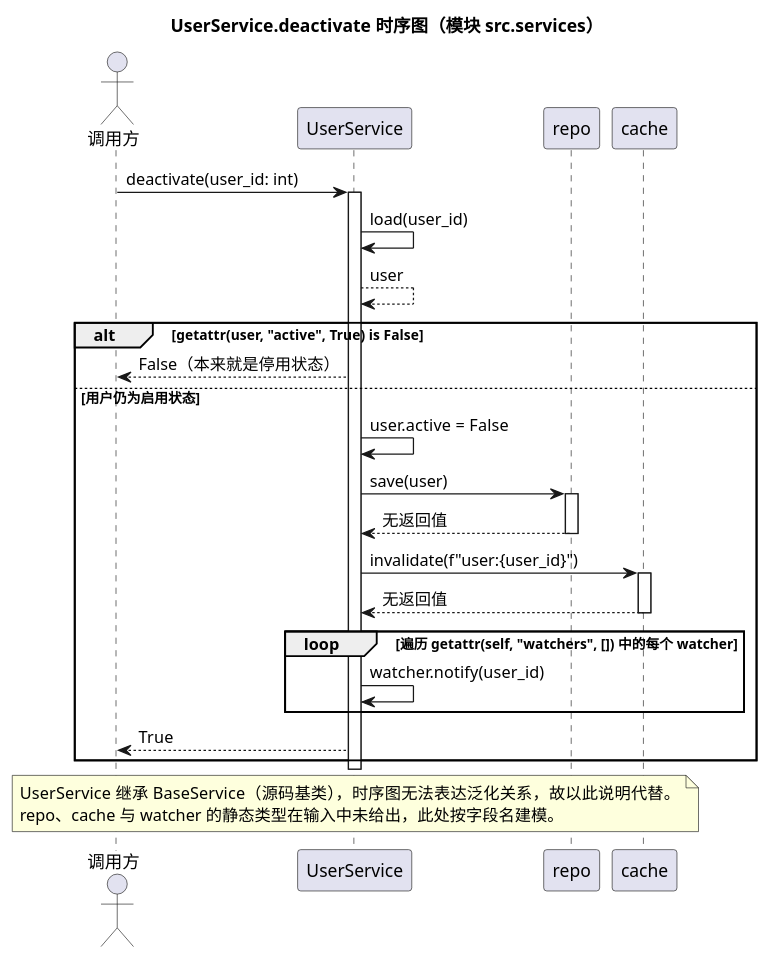
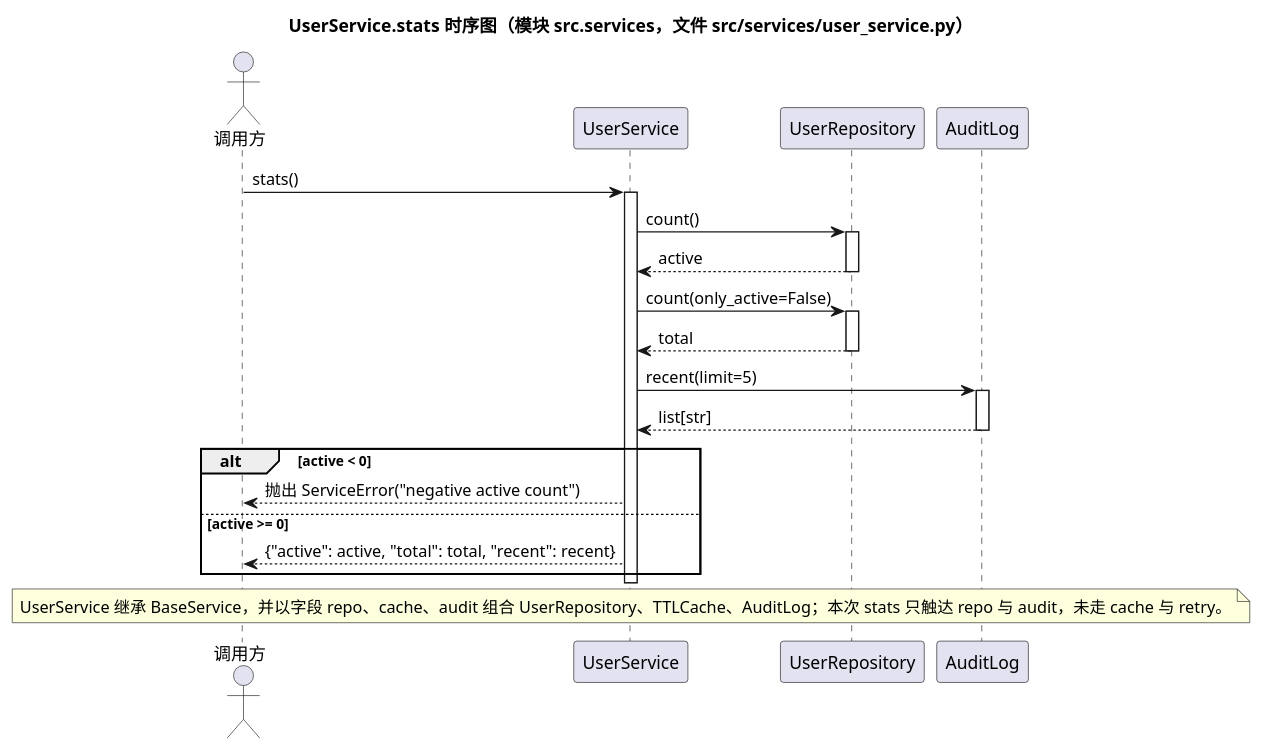
One commit to aaa10001/Test_LivingDOc changed the diagram in docs/livingdoc/sequence_diagram/module-src.services.md. Above: the diagram before and after it, drawn with PlantUML. The commit also changed 9 other files, not shown here.

```diff
--- a/docs/livingdoc/sequence_diagram/module-src.services.md
+++ b/docs/livingdoc/sequence_diagram/module-src.services.md
@@ -1,35 +1,30 @@
 @startuml
-title UserService.deactivate 时序图（模块 src.services）
+title UserService.stats 时序图（模块 src.services，文件 src/services/user_service.py）
 
 actor 调用方
 participant UserService as svc
-participant repo
-participant cache
+participant UserRepository as repo
+participant AuditLog as audit
 
-调用方 -> svc : deactivate(user_id: int)
+调用方 -> svc : stats()
 activate svc
-svc -> svc : load(user_id)
-svc --> svc : user
-alt getattr(user, "active", True) is False
-  svc --> 调用方 : False（本来就是停用状态）
-else 用户仍为启用状态
-  svc -> svc : user.active = False
-  svc -> repo : save(user)
-  activate repo
-  repo --> svc : 无返回值
-  deactivate repo
-  svc -> cache : invalidate(f"user:{user_id}")
-  activate cache
-  cache --> svc : 无返回值
-  deactivate cache
-  loop 遍历 getattr(self, "watchers", []) 中的每个 watcher
-    svc -> svc : watcher.notify(user_id)
-  end
-  svc --> 调用方 : True
+svc -> repo : count()
+activate repo
+repo --> svc : active
+deactivate repo
+svc -> repo : count(only_active=False)
+activate repo
+repo --> svc : total
+deactivate repo
+svc -> audit : recent(limit=5)
+activate audit
+audit --> svc : list[str]
+deactivate audit
+alt active < 0
+  svc --> 调用方 : 抛出 ServiceError("negative active count")
+else active >= 0
+  svc --> 调用方 : {"active": active, "total": total, "recent": recent}
 end
 deactivate svc
-note over svc
-  UserService 继承 BaseService（源码基类），时序图无法表达泛化关系，故以此说明代替。
-  repo、cache 与 watcher 的静态类型在输入中未给出，此处按字段名建模。
-end note
+note over svc : UserService 继承 BaseService，并以字段 repo、cache、audit 组合 UserRepository、TTLCache、AuditLog；本次 stats 只触达 repo 与 audit，未走 cache 与 retry。
 @enduml
```
